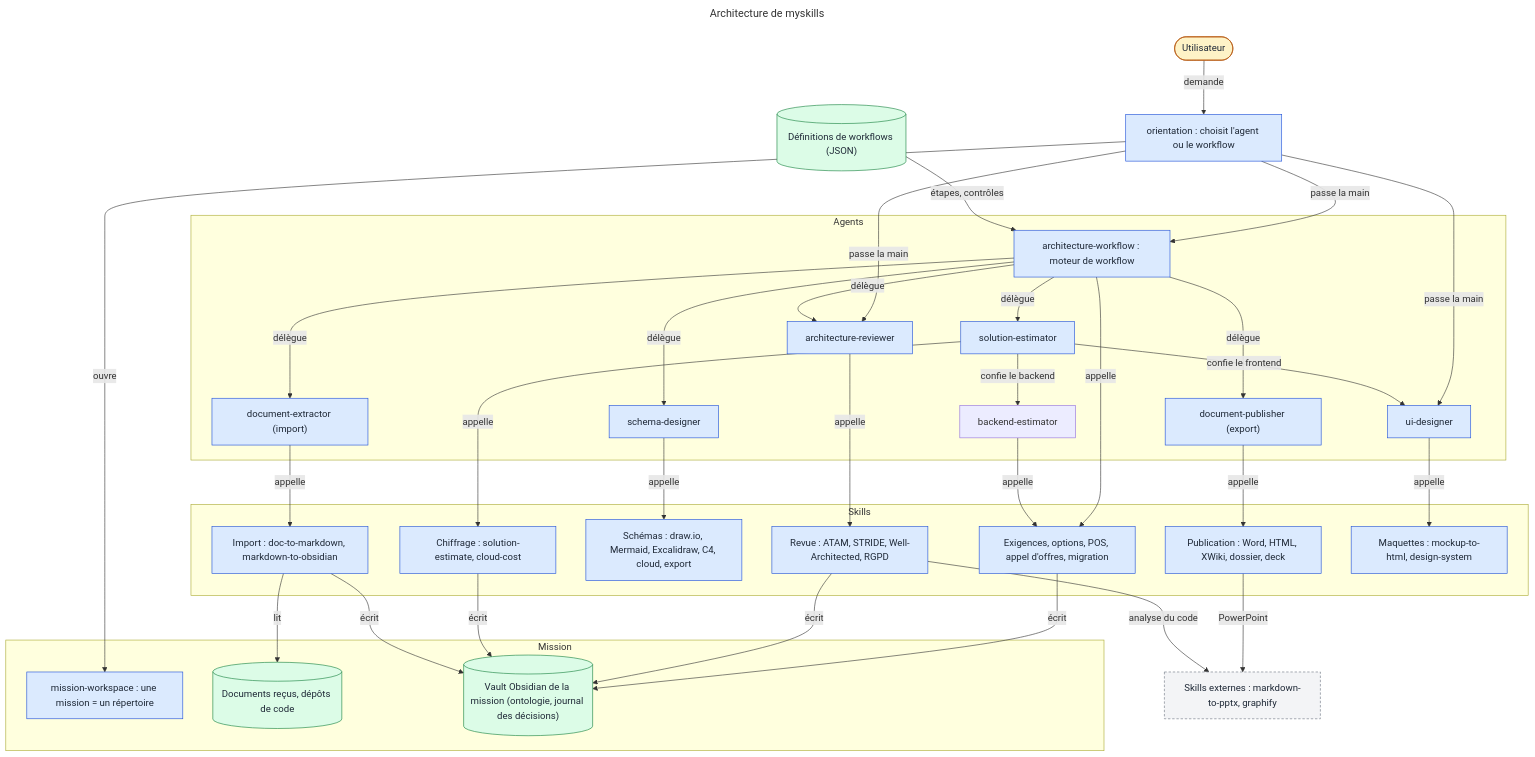
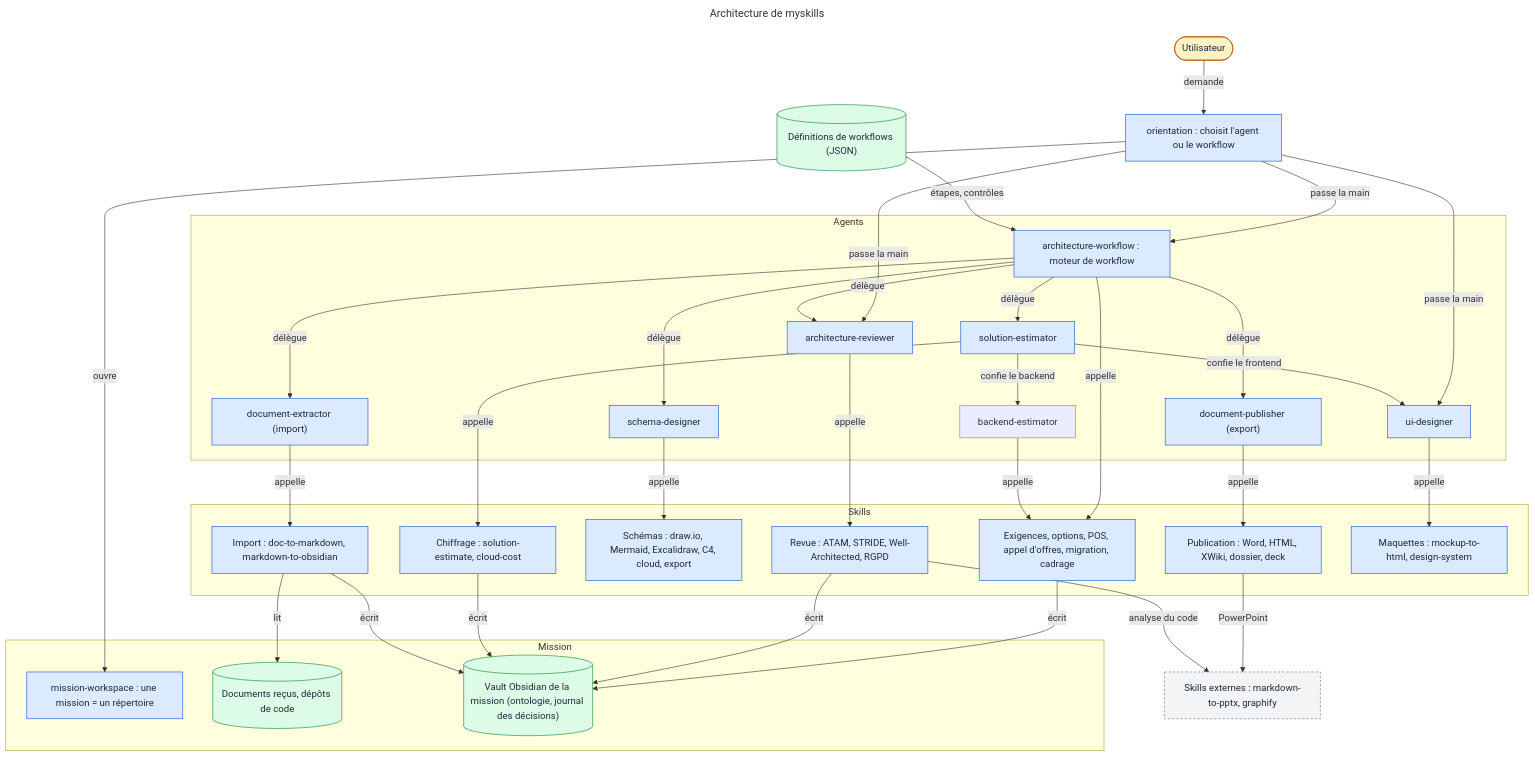
The diagram in README.md (RenaudVanhille/myskills), drawn with Mermaid before and after one commit. The commit also changed other lines of this file and 9 other files, not shown here.

````diff
--- a/README.md
+++ b/README.md
@@ -210,70 +210,70 @@
 ```mermaid
 ---
 title: "Architecture de myskills"
 ---
 flowchart TD
   subgraph g1["Mission"]
     mission["mission-workspace : une mission = un répertoire"]
     docs[("Documents reçus, dépôts de code")]
     vault[("Vault Obsidian de la mission (ontologie, journal des décisions)")]
   end
   subgraph g2["Agents"]
     engine["architecture-workflow : moteur de workflow"]
     extractor["document-extractor (import)"]
     designer["schema-designer"]
     reviewer["architecture-reviewer"]
     estimator["solution-estimator"]
     backend["backend-estimator"]
     publisher["document-publisher (export)"]
     ui["ui-designer"]
   end
   subgraph g3["Skills"]
     s_import["Import : doc-to-markdown, markdown-to-obsidian"]
-    s_archi["Exigences, options, POS, appel d'offres, migration"]
+    s_archi["Exigences, options, POS, appel d'offres, migration, cadrage"]
     s_schemas["Schémas : draw.io, Mermaid, Excalidraw, C4, cloud, export"]
     s_revue["Revue : ATAM, STRIDE, Well-Architected, RGPD"]
     s_chiffrage["Chiffrage : solution-estimate, cloud-cost"]
     s_publi["Publication : Word, HTML, XWiki, dossier, deck"]
     s_ui["Maquettes : mockup-to-html, design-system"]
   end
   user(["Utilisateur"])
   orientation["orientation : choisit l'agent ou le workflow"]
   workflows[("Définitions de workflows (JSON)")]
   ext["Skills externes : markdown-to-pptx, graphify"]
   user -->|"demande"| orientation
   orientation -->|"ouvre"| mission
   orientation -->|"passe la main"| engine
   orientation -->|"passe la main"| reviewer
   workflows -->|"étapes, contrôles"| engine
   engine -->|"délègue"| extractor
   engine -->|"délègue"| designer
   engine -->|"délègue"| reviewer
   engine -->|"délègue"| estimator
   engine -->|"délègue"| publisher
   orientation -->|"passe la main"| ui
   ui -->|"appelle"| s_ui
   engine -->|"appelle"| s_archi
   extractor -->|"appelle"| s_import
   designer -->|"appelle"| s_schemas
   reviewer -->|"appelle"| s_revue
   estimator -->|"appelle"| s_chiffrage
   estimator -->|"confie le backend"| backend
   estimator -->|"confie le frontend"| ui
   backend -->|"appelle"| s_archi
   publisher -->|"appelle"| s_publi
   s_import -->|"lit"| docs
   s_archi -->|"écrit"| vault
   s_revue -->|"écrit"| vault
   s_chiffrage -->|"écrit"| vault
   s_import -->|"écrit"| vault
   s_publi -->|"PowerPoint"| ext
   s_revue -->|"analyse du code"| ext
   classDef db fill:#dcfce7,stroke:#15803d,color:#1f2937
   classDef external fill:#f3f4f6,stroke:#6b7280,color:#1f2937,stroke-dasharray:4 3
   classDef person fill:#fef3c7,stroke:#b45309,color:#1f2937
   classDef system fill:#dbeafe,stroke:#1d4ed8,color:#1f2937
   class docs,workflows,vault db
   class ext external
   class user person
   class orientation,mission,engine,extractor,designer,reviewer,estimator,publisher,ui,s_import,s_archi,s_schemas,s_revue,s_chiffrage,s_publi,s_ui system
 ```
````
